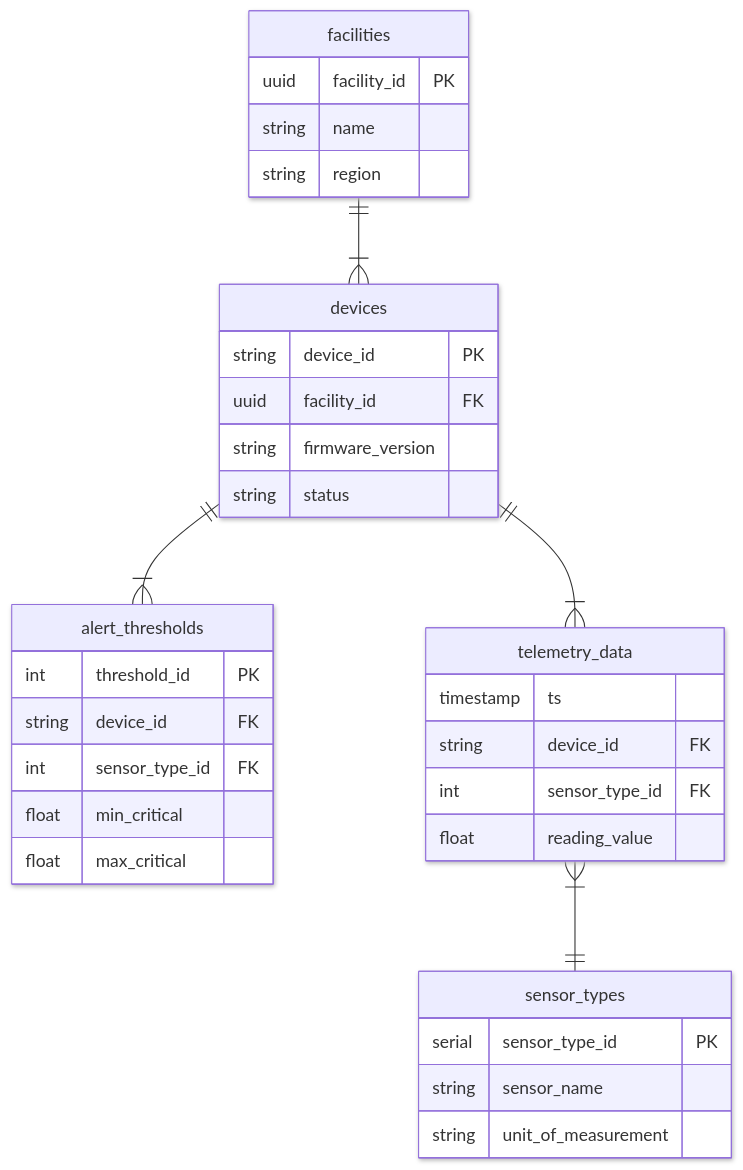
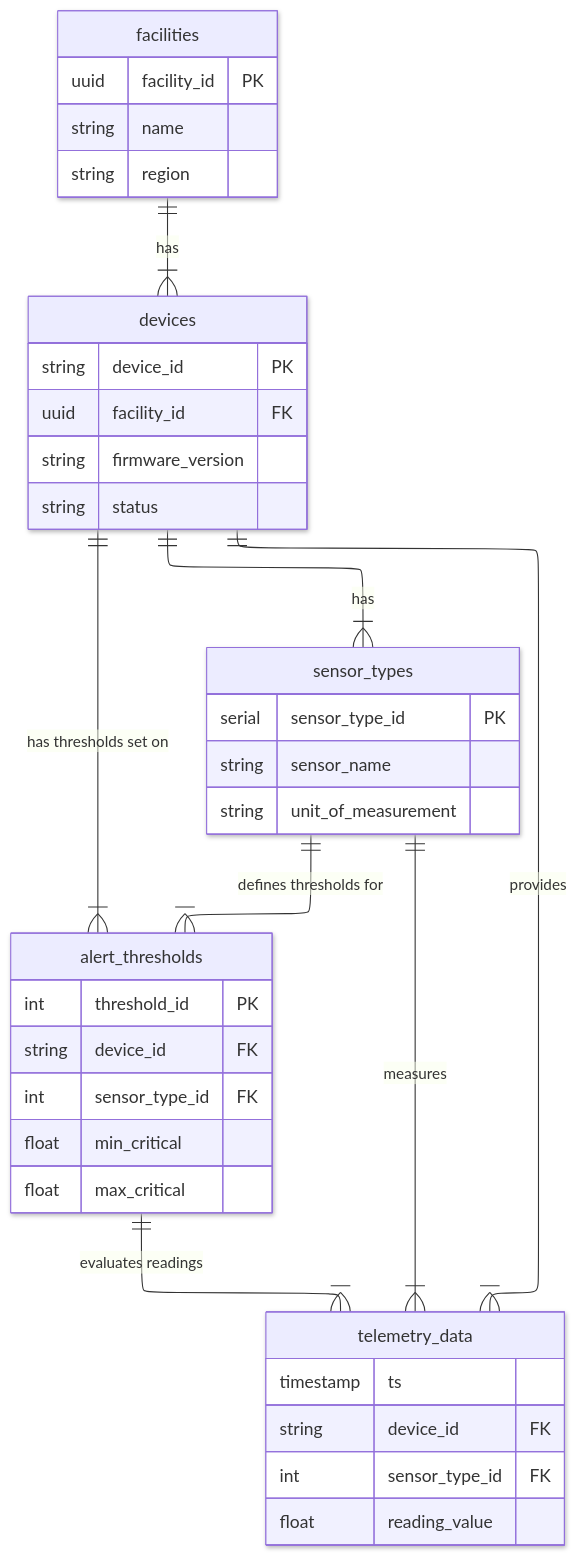
One commit to endrialimema/ritech-iot-ingestion changed the diagram in docs/adr/database_er_diagram.mmd. Above: the diagram before and after it, drawn with Mermaid. The commit also changed other lines of this file, not shown here.

Commit message:
Change layout from dagre to elk in ER diagram

```diff
--- a/docs/adr/database_er_diagram.mmd
+++ b/docs/adr/database_er_diagram.mmd
@@ -1,45 +1,48 @@
 ---
 config:
-  layout: dagre
+  layout: elk
   look: neo
 ---
 erDiagram
 	direction TB
 	sensor_types {
 		serial sensor_type_id PK ""  
 		string sensor_name  ""  
 		string unit_of_measurement  ""  
 	}
 
 	alert_thresholds {
 		int threshold_id PK ""  
-		string device_id FK ""
-        int sensor_type_id FK
-        float min_critical
-        float max_critical  
+		string device_id FK ""  
+		int sensor_type_id FK ""  
+		float min_critical  ""  
+		float max_critical  ""  
 	}
 
 	devices {
 		string device_id PK ""  
 		uuid facility_id FK ""  
 		string firmware_version  ""  
 		string status  ""  
 	}
 
 	telemetry_data {
 		timestamp ts  ""  
 		string device_id FK ""  
 		int sensor_type_id FK ""  
 		float reading_value  ""  
 	}
 
 	facilities {
 		uuid facility_id PK ""  
 		string name  ""  
 		string region  ""  
 	}
 
-	facilities||--|{devices:"  "
-	devices||--|{telemetry_data:"  "
-	devices||--|{alert_thresholds:"  "
-	telemetry_data}|--||sensor_types:"  "
+	facilities||--|{devices:"has"
+	devices||--|{telemetry_data:"provides"
+	sensor_types||--|{telemetry_data:"measures"
+	sensor_types||--|{alert_thresholds:"defines thresholds for"
+	devices||--|{alert_thresholds:"has thresholds set on"
+	alert_thresholds||--|{telemetry_data:"evaluates readings"
+	devices||--|{sensor_types:"has"
```
